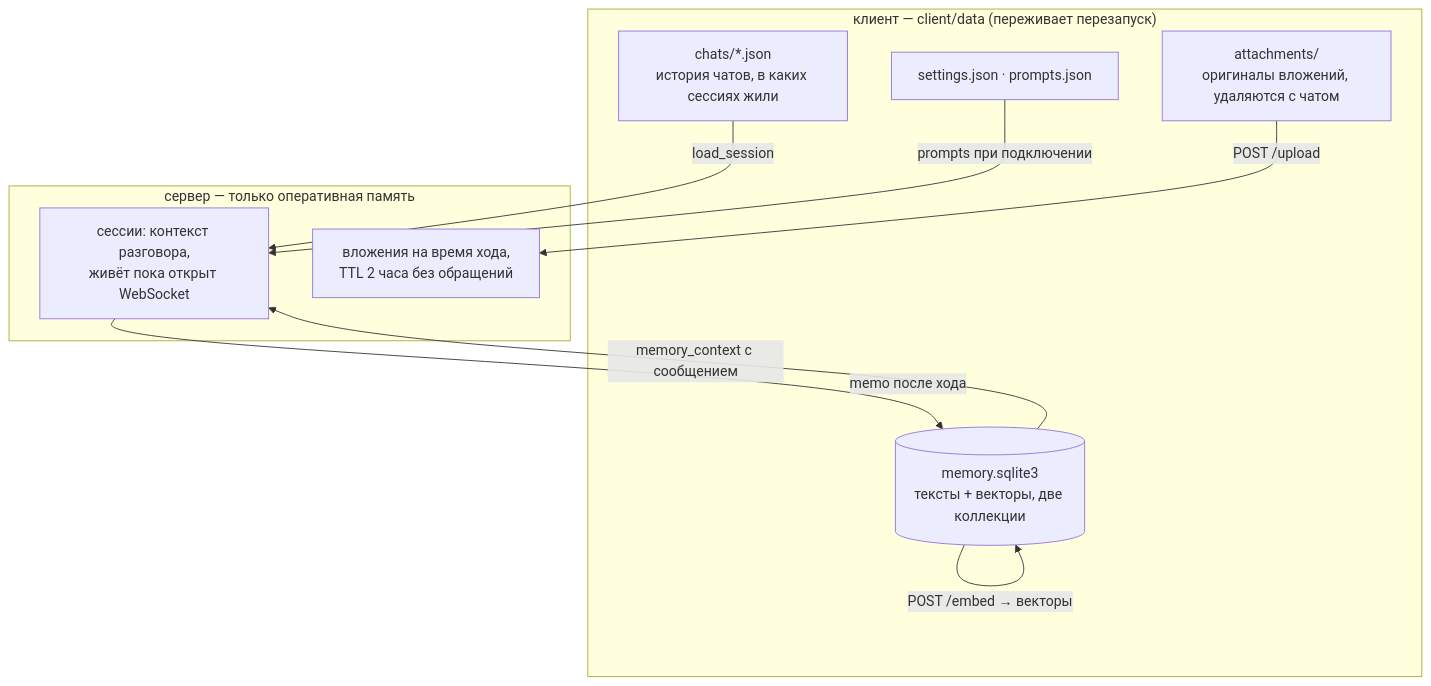
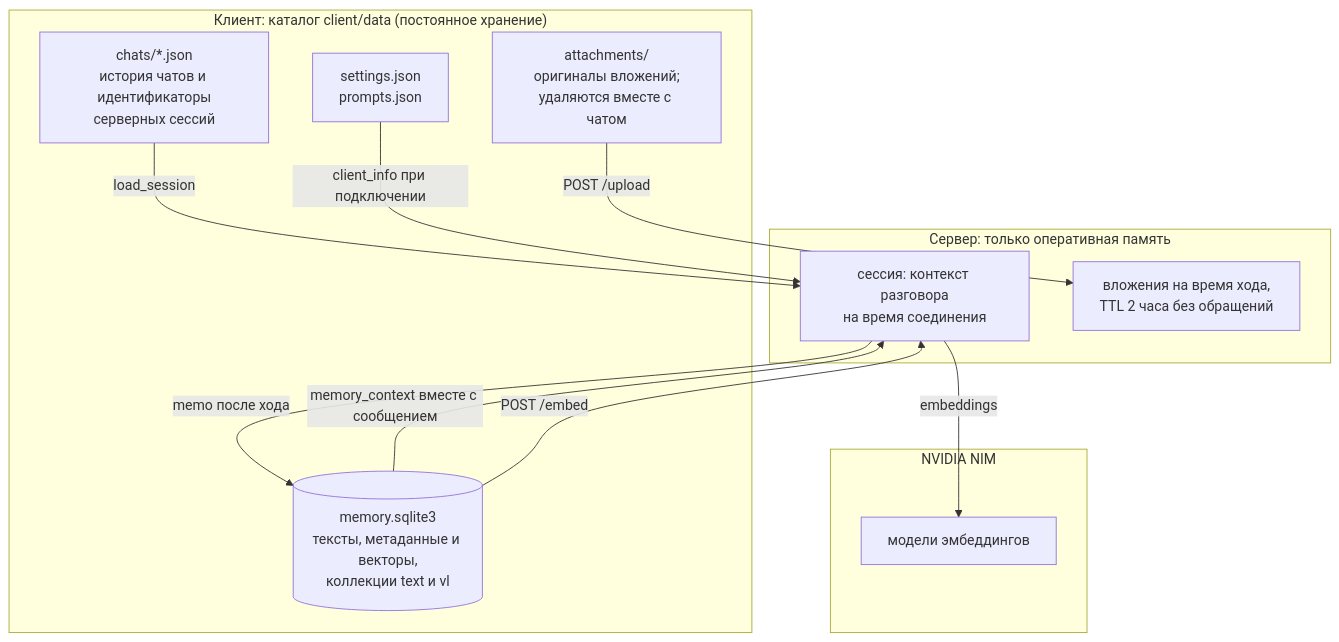
The sixth of 6 diagrams in README.md (ALeksandr13254/NemoAgent), drawn with Mermaid before and after one commit. The commit also changed other lines of this file, not shown here.

First line of the commit message:
README: технический стиль, оглавление, шесть подписанных диаграмм

````diff
--- a/README.md
+++ b/README.md
@@ -284,19 +395,23 @@
 ```mermaid
 flowchart TB
-    subgraph CL["клиент — client/data (переживает перезапуск)"]
-        CH["chats/*.json<br/>история чатов, в каких сессиях жили"]
-        AT["attachments/<br/>оригиналы вложений, удаляются с чатом"]
-        MM[("memory.sqlite3<br/>тексты + векторы, две коллекции")]
-        ST["settings.json · prompts.json"]
+    subgraph CL["Клиент: каталог client/data (постоянное хранение)"]
+        CH["chats/*.json<br/>история чатов и идентификаторы<br/>серверных сессий"]
+        AT["attachments/<br/>оригиналы вложений;<br/>удаляются вместе с чатом"]
+        MM[("memory.sqlite3<br/>тексты, метаданные и векторы,<br/>коллекции text и vl")]
+        ST["settings.json<br/>prompts.json"]
     end
-    subgraph SV["сервер — только оперативная память"]
-        SS["сессии: контекст разговора,<br/>живёт пока открыт WebSocket"]
+    subgraph SV["Сервер: только оперативная память"]
+        SS["сессия: контекст разговора<br/>на время соединения"]
         UP["вложения на время хода,<br/>TTL 2 часа без обращений"]
+    end
+    subgraph NIM["NVIDIA NIM"]
+        EM["модели эмбеддингов"]
     end
     CH -- "load_session" --> SS
     AT -- "POST /upload" --> UP
-    MM -- "memory_context с сообщением" --> SS
+    MM -- "memory_context вместе с сообщением" --> SS
     SS -- "memo после хода" --> MM
-    MM -- "POST /embed → векторы" --> MM
-    ST -- "prompts при подключении" --> SS
+    MM -- "POST /embed" --> SS
+    SS -- "embeddings" --> EM
+    ST -- "client_info при подключении" --> SS
 ```
````
